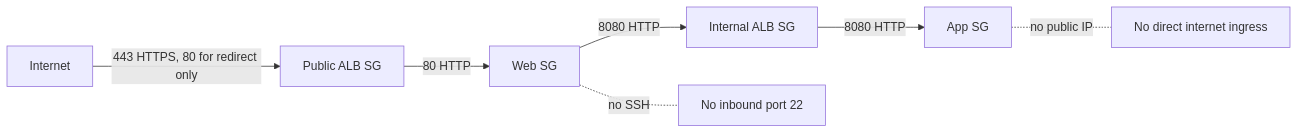
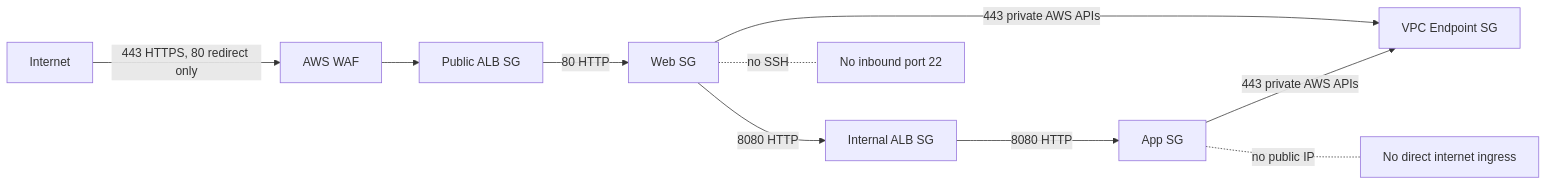
The second of 3 diagrams in README.md (sjlevalley/terraform-aws-secure-two-tier-vpc), drawn with Mermaid before and after one commit. The commit also changed other lines of this file and 3 other files, not shown here.

Commit message:
Add detailed environment READMEs for dev, staging, and production setups with architecture diagrams and operational expectations

````diff
--- a/README.md
+++ b/README.md
@@ -96,10 +132,14 @@
 ```mermaid
 flowchart LR
-  internet[Internet] -->|443 HTTPS, 80 for redirect only| publicAlbSg[Public ALB SG]
+  internet[Internet] -->|443 HTTPS, 80 redirect only| waf[AWS WAF]
+  waf --> publicAlbSg[Public ALB SG]
   publicAlbSg -->|80 HTTP| webSg[Web SG]
   webSg -->|8080 HTTP| internalAlbSg[Internal ALB SG]
   internalAlbSg -->|8080 HTTP| appSg[App SG]
 
+  webSg -->|443 private AWS APIs| endpointSg[VPC Endpoint SG]
+  appSg -->|443 private AWS APIs| endpointSg
+
   webSg -. no SSH .- blocked1[No inbound port 22]
   appSg -. no public IP .- blocked2[No direct internet ingress]
 ```
````
